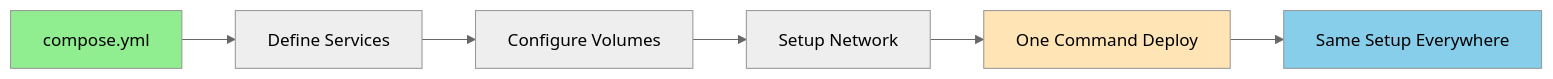
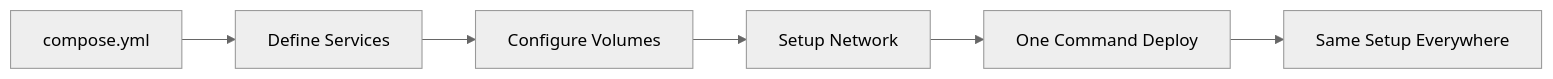
Before and after one commit to 4gh0rn/dev-blog: the third of 9 diagrams in docs/projects/wordpress.md, drawn with Mermaid (neutral theme). The commit also changed other lines of this file and 17 other files, not shown here.

````diff
--- a/docs/projects/wordpress.md
+++ b/docs/projects/wordpress.md
@@ -134,13 +128,9 @@
 ```mermaid
 graph LR
     A[compose.yml] --> B[Define Services]
     B --> C[Configure Volumes]
     C --> D[Setup Network]
     D --> E[One Command Deploy]
     
     E --> F[Same Setup Everywhere]
-    
-    style A fill:#90EE90
-    style E fill:#FFE4B5
-    style F fill:#87CEEB
 ```
````
